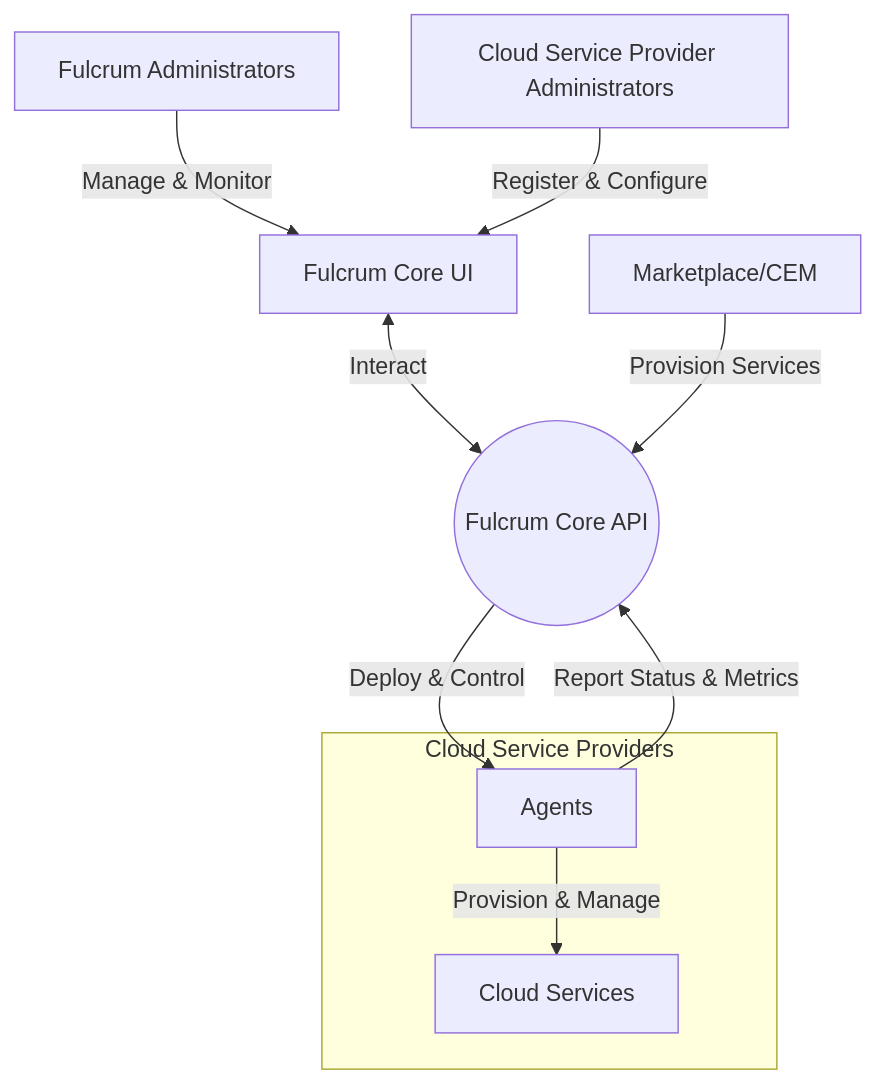
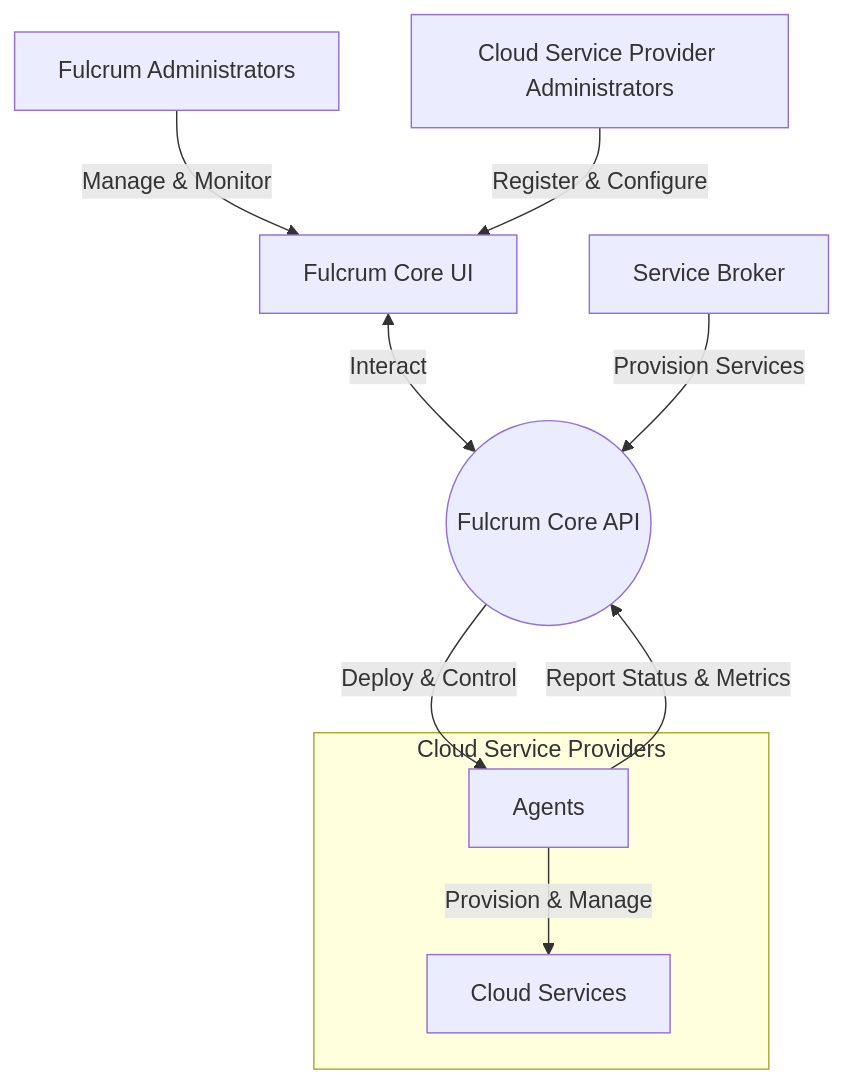
One commit to fulcrumproject/core changed the first of 6 diagrams in docs/DESIGN.md. Above: the diagram before and after it, drawn with Mermaid. The commit also changed other lines of this file and 74 other files, not shown here.

````diff
--- a/docs/DESIGN.md
+++ b/docs/DESIGN.md
@@ -21,23 +21,23 @@
 ```mermaid
 graph TB
     FC((Fulcrum Core API))
     UI[Fulcrum Core UI]
     FA[Fulcrum Administrators]
     CSPA[Cloud Service Provider Administrators]
-    MP[Marketplace/CEM]
+    MP[Service Broker]
     
     %% Cloud Service Providers containing Agents and Services
     subgraph CSP[Cloud Service Providers]
         AG[Agents]
         SVC[Cloud Services]
     end
     
     %% Relationships
     FA -->|Manage & Monitor| UI
     CSPA -->|Register & Configure| UI
     UI <-->|Interact| FC
     MP -->|Provision Services| FC
     FC -->|Deploy & Control| AG
     AG -->|Report Status & Metrics| FC
     AG -->|Provision & Manage| SVC
 ```
````
